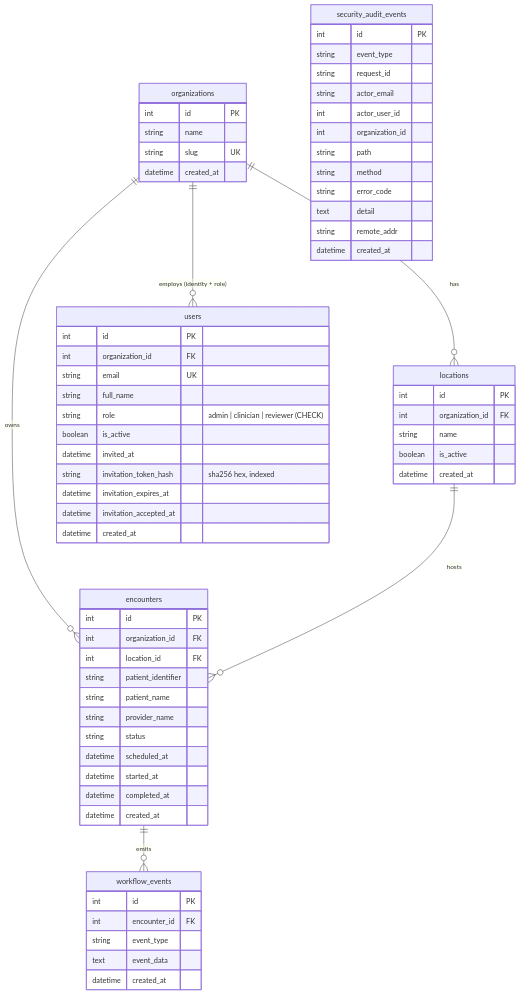
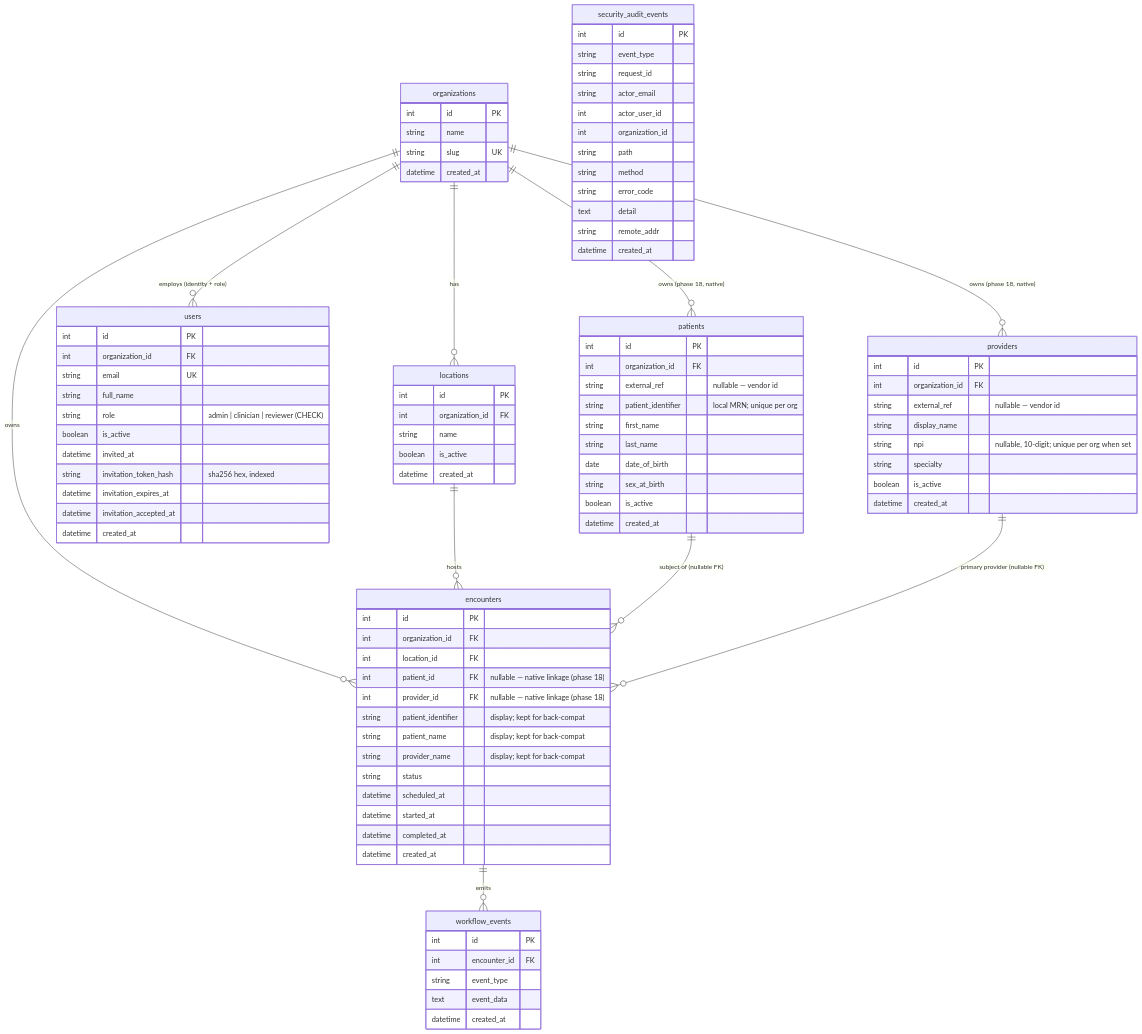
One commit to thekidd2227/chartnav-platform changed the diagram in docs/diagrams/er-diagram.md. Above: the diagram before and after it, drawn with Mermaid. The commit also changed 26 other files, not shown here.

```diff
--- a/docs/diagrams/er-diagram.md
+++ b/docs/diagrams/er-diagram.md
@@ -5,7 +5,11 @@
   organizations ||--o{ locations        : "has"
   organizations ||--o{ users            : "employs (identity + role)"
   organizations ||--o{ encounters       : "owns"
+  organizations ||--o{ patients         : "owns (phase 18, native)"
+  organizations ||--o{ providers        : "owns (phase 18, native)"
   locations     ||--o{ encounters       : "hosts"
+  patients      ||--o{ encounters       : "subject of (nullable FK)"
+  providers     ||--o{ encounters       : "primary provider (nullable FK)"
   encounters    ||--o{ workflow_events  : "emits"
 
   security_audit_events {
@@ -53,13 +57,37 @@
     int id PK
     int organization_id FK
     int location_id FK
-    string patient_identifier
-    string patient_name
-    string provider_name
+    int patient_id FK "nullable — native linkage (phase 18)"
+    int provider_id FK "nullable — native linkage (phase 18)"
+    string patient_identifier "display; kept for back-compat"
+    string patient_name "display; kept for back-compat"
+    string provider_name "display; kept for back-compat"
     string status
     datetime scheduled_at
     datetime started_at
     datetime completed_at
+    datetime created_at
+  }
+  patients {
+    int id PK
+    int organization_id FK
+    string external_ref "nullable — vendor id"
+    string patient_identifier "local MRN; unique per org"
+    string first_name
+    string last_name
+    date date_of_birth
+    string sex_at_birth
+    boolean is_active
+    datetime created_at
+  }
+  providers {
+    int id PK
+    int organization_id FK
+    string external_ref "nullable — vendor id"
+    string display_name
+    string npi "nullable, 10-digit; unique per org when set"
+    string specialty
+    boolean is_active
     datetime created_at
   }
   workflow_events {
```
